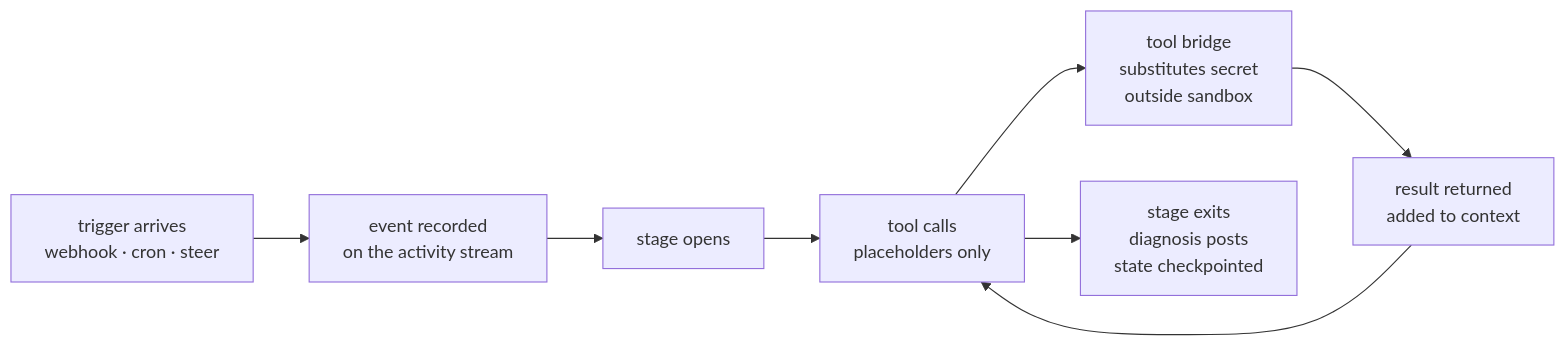
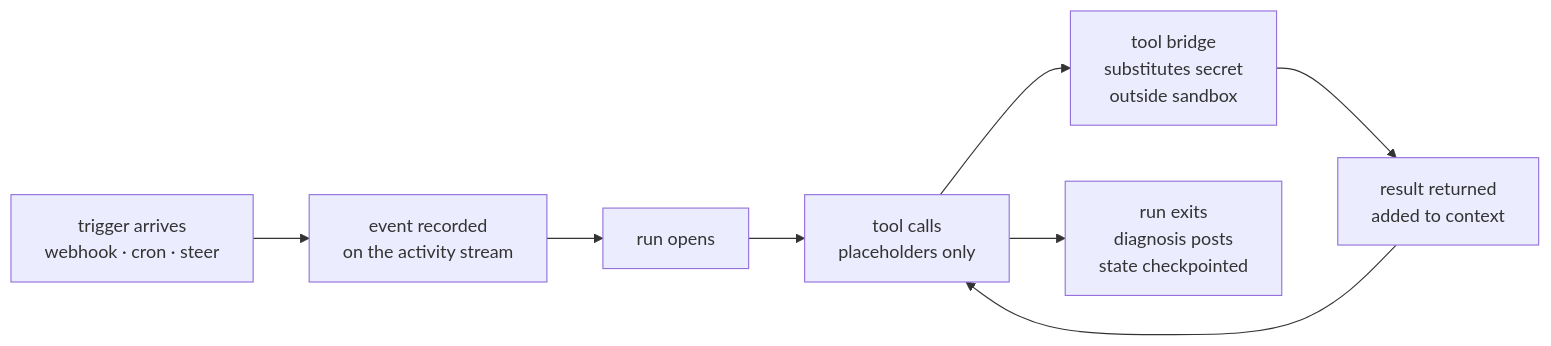
The diagram in concepts.mdx (agentsfleet/docs), drawn with Mermaid before and after one commit. The commit also changed other lines of this file and 15 other files, not shown here.

First line of the commit message:
docs(m80_010): rename stage→run billing + execution vocabulary

````diff
--- a/concepts.mdx
+++ b/concepts.mdx
@@ -59,10 +59,10 @@
 ```mermaid
 flowchart LR
     Trigger[trigger arrives<br/>webhook · cron · steer] --> Event[event recorded<br/>on the activity stream]
-    Event --> Stage[stage opens]
-    Stage --> Tool[tool calls<br/>placeholders only]
+    Event --> Run[run opens]
+    Run --> Tool[tool calls<br/>placeholders only]
     Tool --> Bridge[tool bridge<br/>substitutes secret<br/>outside sandbox]
     Bridge --> Result[result returned<br/>added to context]
     Result --> Tool
-    Tool --> Done[stage exits<br/>diagnosis posts<br/>state checkpointed]
+    Tool --> Done[run exits<br/>diagnosis posts<br/>state checkpointed]
 ```
````
